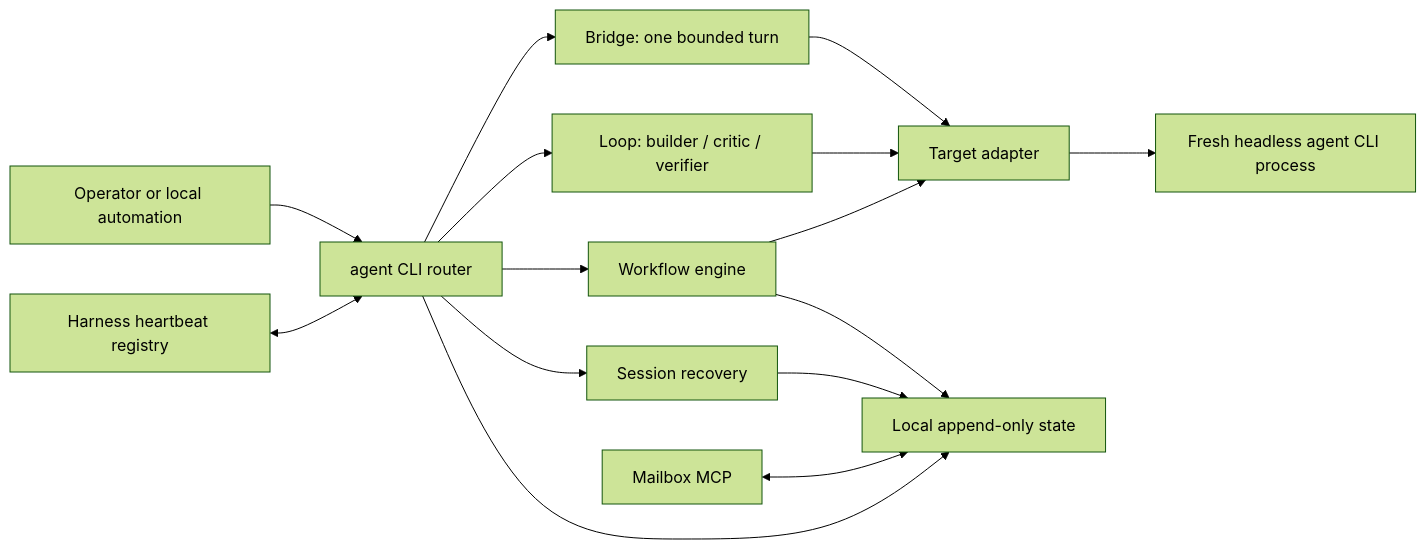
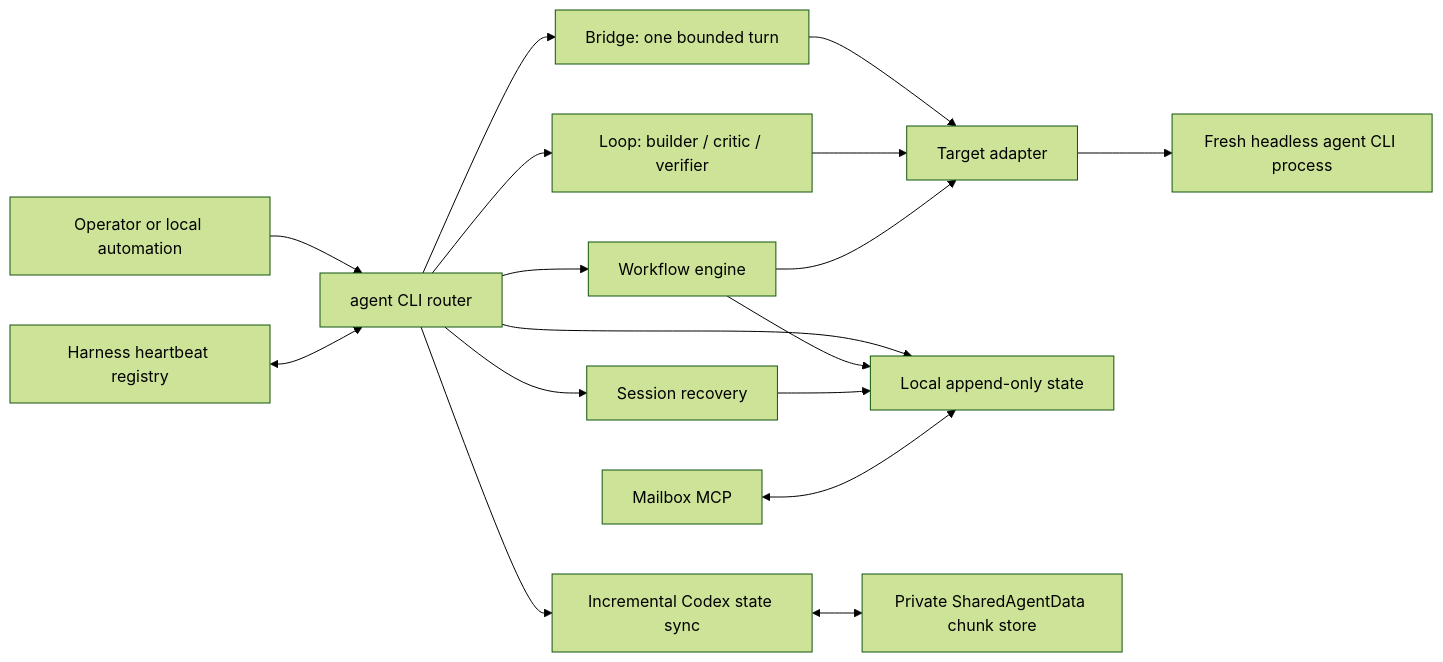
Before and after one commit to next-citizen-llc/agent-bridge: the diagram in docs/architecture.md, drawn with Mermaid (forest theme). The commit also changed other lines of this file and 7 other files, not shown here.

Commit message:
Add incremental Codex state sync

````diff
--- a/docs/architecture.md
+++ b/docs/architecture.md
@@ -6,17 +6,19 @@
 ```mermaid
 flowchart LR
     O["Operator or local automation"] --> C["agent CLI router"]
     C --> B["Bridge: one bounded turn"]
     C --> L["Loop: builder / critic / verifier"]
     C --> W["Workflow engine"]
     C --> R["Session recovery"]
+    C --> X["Incremental Codex state sync"]
     B --> A["Target adapter"]
     L --> A
     W --> A
     A --> T["Fresh headless agent CLI process"]
     C --> S["Local append-only state"]
     W --> S
     R --> S
     M["Mailbox MCP"] <--> S
     H["Harness heartbeat registry"] <--> C
+    X <--> D["Private SharedAgentData chunk store"]
 ```
````
